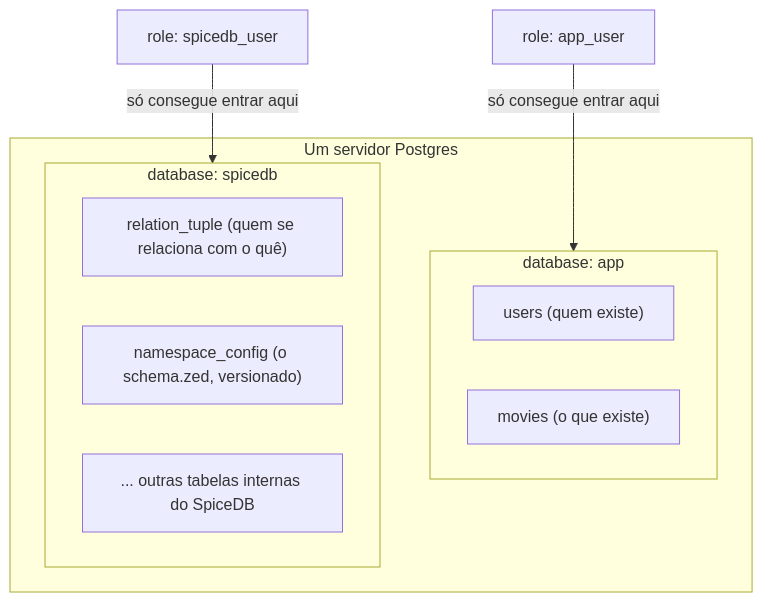
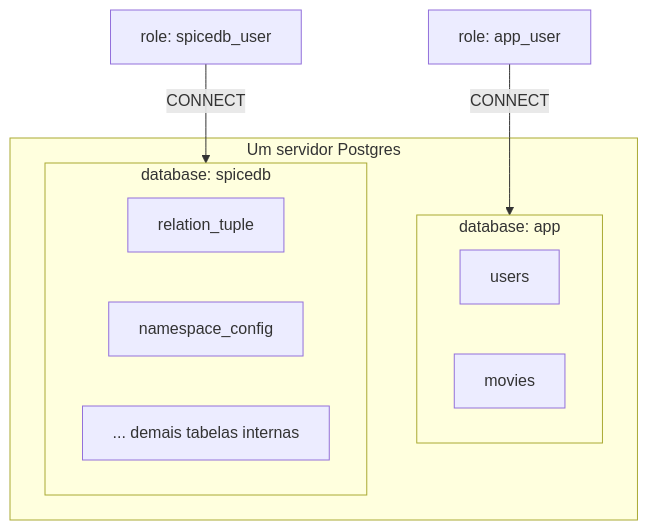
Before and after one commit to luizfarabellobp/clojure-spicedb-poc: the first of 3 diagrams in .docs/02-como-o-spicedb-funciona-nesta-poc.md, drawn with Mermaid. The commit also changed other lines of this file and 4 other files, not shown here.

````diff
--- a/.docs/02-como-o-spicedb-funciona-nesta-poc.md
+++ b/.docs/02-como-o-spicedb-funciona-nesta-poc.md
@@ -86,16 +68,16 @@
 ```mermaid
 graph TB
     subgraph PG["Um servidor Postgres"]
         subgraph DBAPP["database: app"]
-            T1["users (quem existe)"]
-            T2["movies (o que existe)"]
+            T1["users"]
+            T2["movies"]
         end
         subgraph DBSD["database: spicedb"]
-            T3["relation_tuple (quem se relaciona com o quê)"]
-            T4["namespace_config (o schema.zed, versionado)"]
-            T5["... outras tabelas internas do SpiceDB"]
+            T3["relation_tuple"]
+            T4["namespace_config"]
+            T5["... demais tabelas internas"]
         end
     end
-    R1["role: app_user"] -->|só consegue entrar aqui| DBAPP
-    R2["role: spicedb_user"] -->|só consegue entrar aqui| DBSD
+    R1["role: app_user"] -->|CONNECT| DBAPP
+    R2["role: spicedb_user"] -->|CONNECT| DBSD
 ```
````
